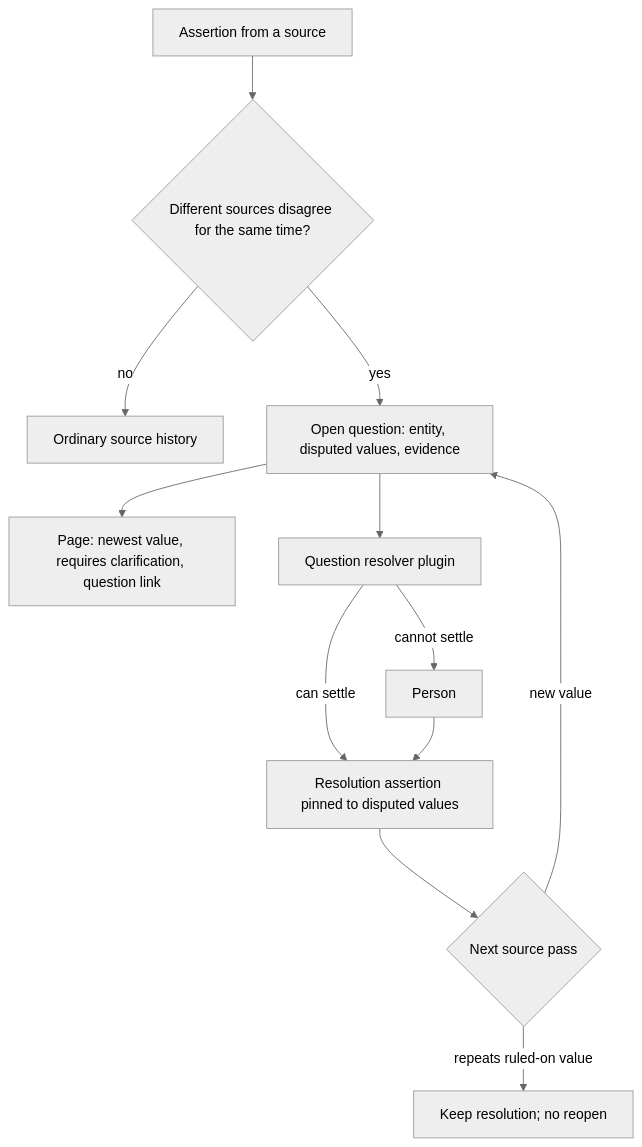
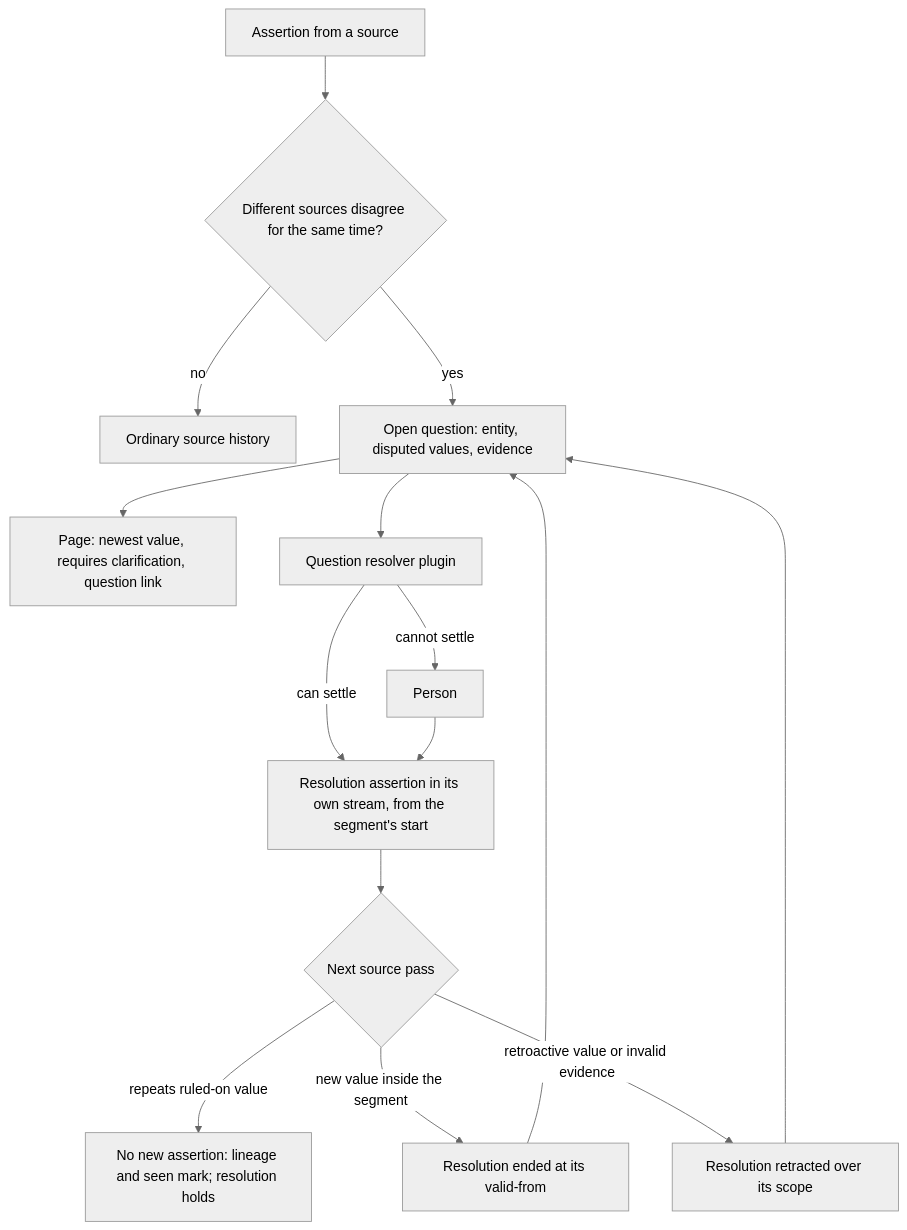
One commit to shady2k/madarch changed the third of 3 diagrams in docs/decisions/0039-core-graph-model.md. Above: the diagram before and after it, drawn with Mermaid (neutral theme). The commit also changed other lines of this file and 1 other file, not shown here.

First line of the commit message:
docs(decisions): 0039 judges every dispute at write time; a resolution is an assertion in its own stream

````diff
--- a/docs/decisions/0039-core-graph-model.md
+++ b/docs/decisions/0039-core-graph-model.md
@@ -1113,14 +1164,17 @@
 ```mermaid
 flowchart TD
   A["Assertion from a source"] --> C{"Different sources disagree for the same time?"}
   C -->|no| H["Ordinary source history"]
   C -->|yes| Q["Open question: entity, disputed values, evidence"]
   Q --> B["Page: newest value, requires clarification, question link"]
   Q --> R["Question resolver plugin"]
-  R -->|can settle| S["Resolution assertion pinned to disputed values"]
+  R -->|can settle| S["Resolution assertion in its own stream, from the segment's start"]
   R -->|cannot settle| P["Person"]
   P --> S
   S --> N{"Next source pass"}
-  N -->|repeats ruled-on value| K["Keep resolution; no reopen"]
-  N -->|new value| Q
+  N -->|repeats ruled-on value| K["No new assertion: lineage and seen mark; resolution holds"]
+  N -->|new value inside the segment| E["Resolution ended at its valid-from"]
+  N -->|retroactive value or invalid evidence| X["Resolution retracted over its scope"]
+  E --> Q
+  X --> Q
 ```
````
